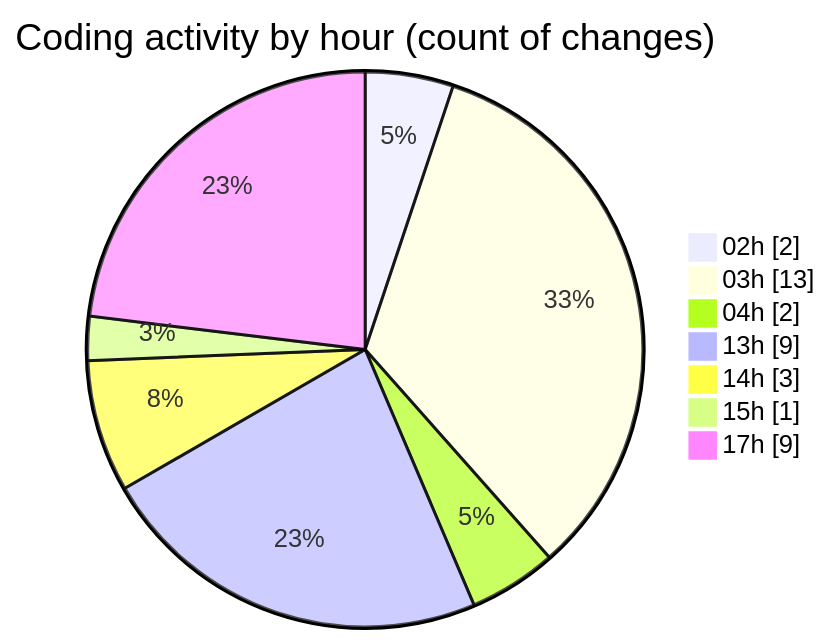
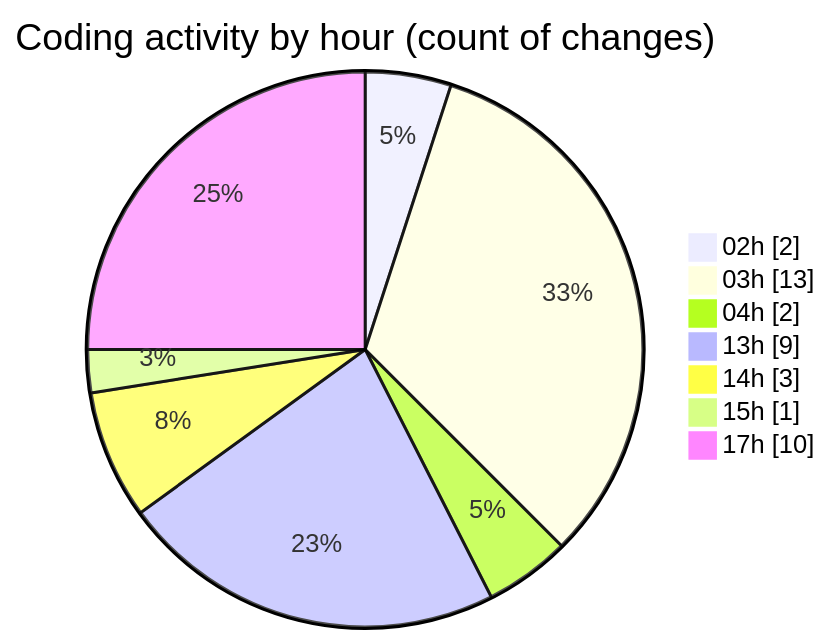
The second of 2 diagrams in 2025-11-28/eventscop-frontend-guide__workspace_/README.md (julien-gomy/code-tracking), drawn with Mermaid before and after one commit. The commit also changed other lines of this file and 1 other file, not shown here.

````diff
--- a/2025-11-28/eventscop-frontend-guide__workspace_/README.md
+++ b/2025-11-28/eventscop-frontend-guide__workspace_/README.md
@@ -40,11 +40,11 @@
 ```mermaid
 pie showData
 title Coding activity by hour (count of changes)
 "02h" : 2
 "03h" : 13
 "04h" : 2
 "13h" : 9
 "14h" : 3
 "15h" : 1
-"17h" : 9
+"17h" : 10
 ```
````
